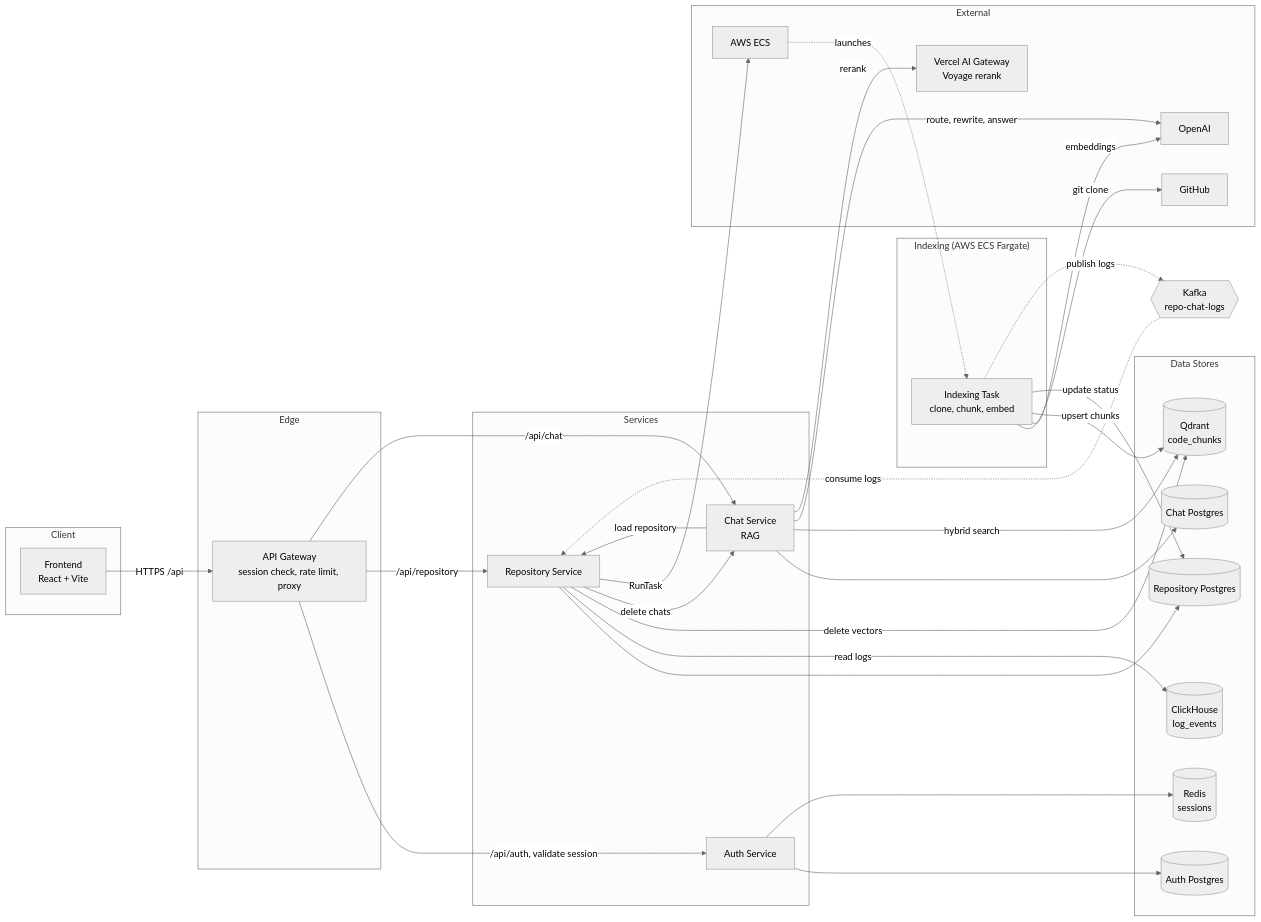
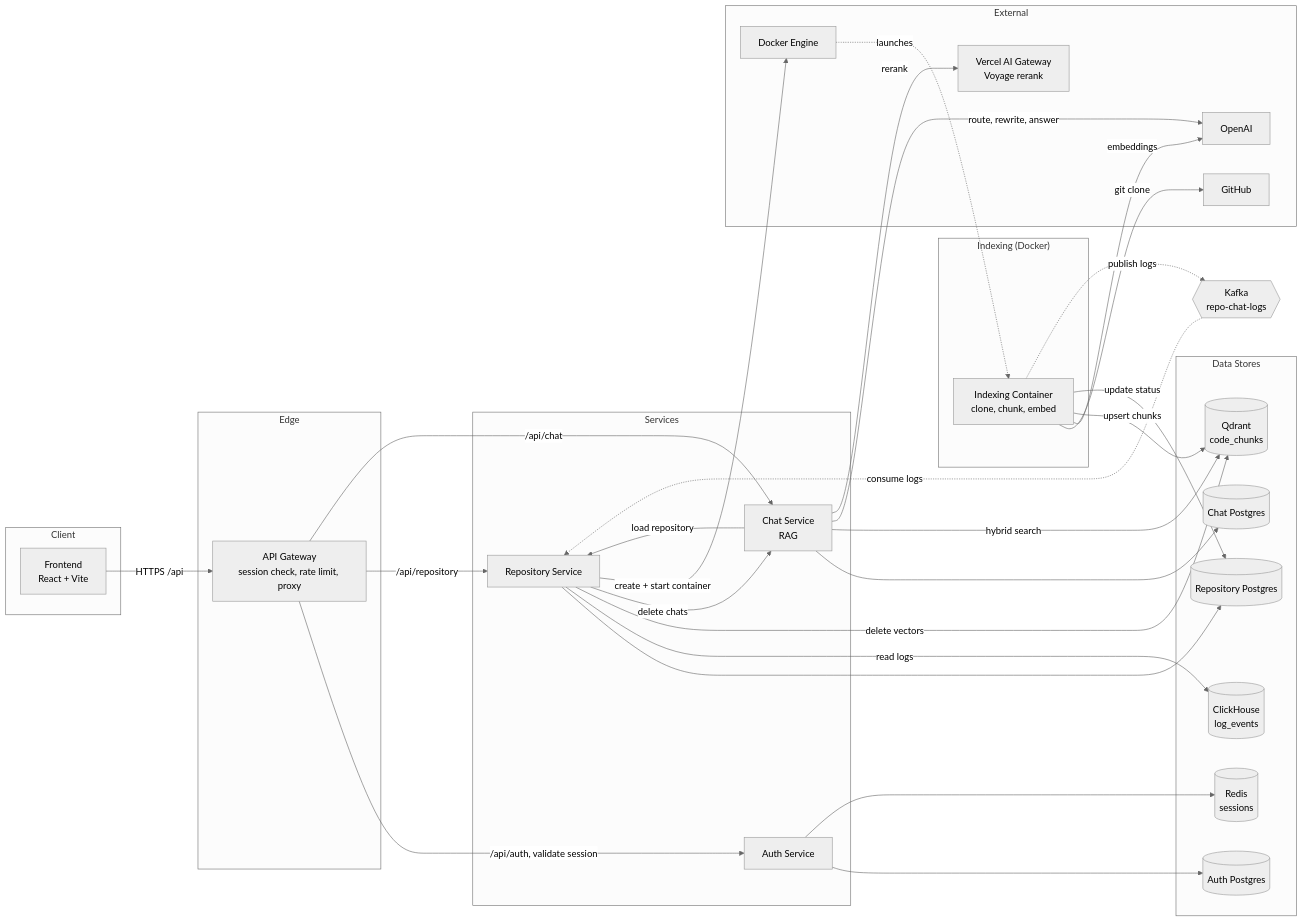
One commit to nilavtalukdar06/repo-chat changed the diagram in README.md. Above: the diagram before and after it, drawn with Mermaid (neutral theme). The commit also changed other lines of this file and 9 other files, not shown here.

Commit message:
replaced ecs tasks with docker container

````diff
--- a/README.md
+++ b/README.md
@@ -47,66 +47,66 @@
 ```mermaid
 flowchart LR
     subgraph client ["Client"]
         web["Frontend<br/>React + Vite"]
     end
 
     subgraph edge ["Edge"]
         gateway["API Gateway<br/>session check, rate limit, proxy"]
     end
 
     subgraph services ["Services"]
         auth["Auth Service"]
         repo["Repository Service"]
         chat["Chat Service<br/>RAG"]
     end
 
-    subgraph indexing ["Indexing (AWS ECS Fargate)"]
-        indexer["Indexing Task<br/>clone, chunk, embed"]
+    subgraph indexing ["Indexing (Docker)"]
+        indexer["Indexing Container<br/>clone, chunk, embed"]
     end
 
     subgraph data ["Data Stores"]
         authDb[("Auth Postgres")]
         redis[("Redis<br/>sessions")]
         repoDb[("Repository Postgres")]
         chatDb[("Chat Postgres")]
         qdrant[("Qdrant<br/>code_chunks")]
         clickhouse[("ClickHouse<br/>log_events")]
     end
 
     kafka{{"Kafka<br/>repo-chat-logs"}}
 
     subgraph external ["External"]
         github["GitHub"]
-        ecs["AWS ECS"]
+        dockerEngine["Docker Engine"]
         openai["OpenAI"]
         aiGateway["Vercel AI Gateway<br/>Voyage rerank"]
     end
 
     web -->|"HTTPS /api"| gateway
     gateway -->|"/api/auth, validate session"| auth
     gateway -->|"/api/repository"| repo
     gateway -->|"/api/chat"| chat
 
     auth --> authDb
     auth --> redis
 
     repo --> repoDb
     repo -->|"read logs"| clickhouse
     repo -->|"delete vectors"| qdrant
     repo -->|"delete chats"| chat
-    repo -->|"RunTask"| ecs
-    ecs -.->|"launches"| indexer
+    repo -->|"create + start container"| dockerEngine
+    dockerEngine -.->|"launches"| indexer
 
     chat --> chatDb
     chat -->|"hybrid search"| qdrant
     chat -->|"load repository"| repo
     chat -->|"route, rewrite, answer"| openai
     chat -->|"rerank"| aiGateway
 
     indexer -->|"git clone"| github
     indexer -->|"embeddings"| openai
     indexer -->|"upsert chunks"| qdrant
     indexer -->|"update status"| repoDb
     indexer -.->|"publish logs"| kafka
     kafka -.->|"consume logs"| repo
 ```
````
